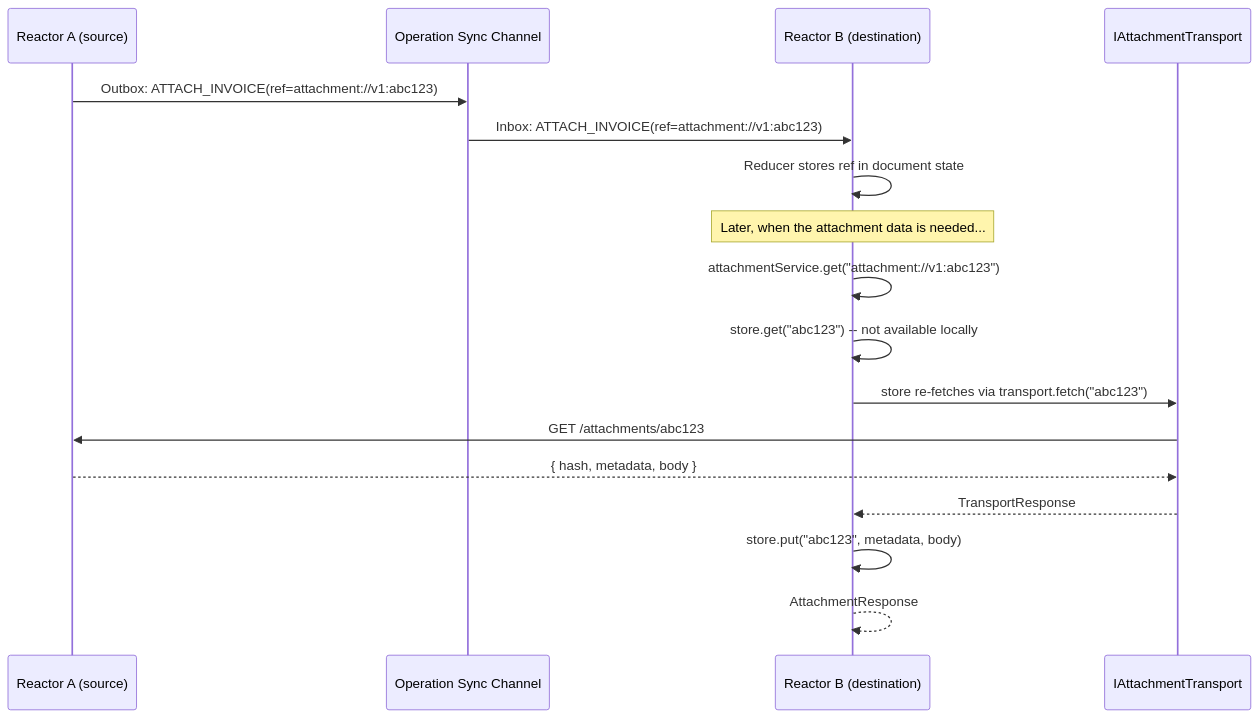
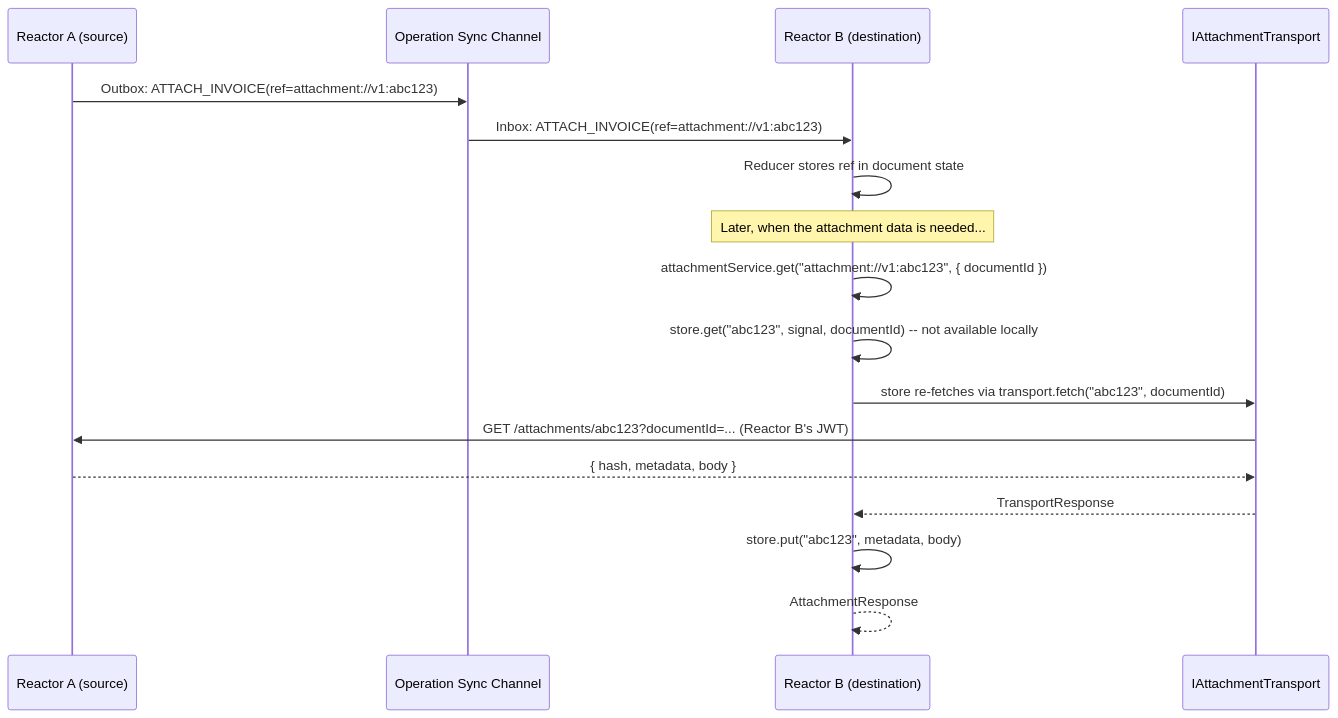
The third of 6 diagrams in packages/reactor/docs/attachments.md (powerhouse-inc/powerhouse), drawn with Mermaid before and after one commit. The commit also changed other lines of this file and 4 other files, not shown here.

````diff
--- a/packages/reactor/docs/attachments.md
+++ b/packages/reactor/docs/attachments.md
@@ -480,22 +488,22 @@
 ```mermaid
 sequenceDiagram
     participant ReactorA as Reactor A (source)
     participant SyncChannel as Operation Sync Channel
     participant ReactorB as Reactor B (destination)
     participant Transport as IAttachmentTransport
 
     ReactorA->>SyncChannel: Outbox: ATTACH_INVOICE(ref=attachment://v1:abc123)
     SyncChannel->>ReactorB: Inbox: ATTACH_INVOICE(ref=attachment://v1:abc123)
     ReactorB->>ReactorB: Reducer stores ref in document state
 
     Note over ReactorB: Later, when the attachment data is needed...
 
-    ReactorB->>ReactorB: attachmentService.get("attachment://v1:abc123")
-    ReactorB->>ReactorB: store.get("abc123") -- not available locally
-    ReactorB->>Transport: store re-fetches via transport.fetch("abc123")
-    Transport->>ReactorA: GET /attachments/abc123
+    ReactorB->>ReactorB: attachmentService.get("attachment://v1:abc123", { documentId })
+    ReactorB->>ReactorB: store.get("abc123", signal, documentId) -- not available locally
+    ReactorB->>Transport: store re-fetches via transport.fetch("abc123", documentId)
+    Transport->>ReactorA: GET /attachments/abc123?documentId=... (Reactor B's JWT)
     ReactorA-->>Transport: { hash, metadata, body }
     Transport-->>ReactorB: TransportResponse
     ReactorB->>ReactorB: store.put("abc123", metadata, body)
     ReactorB-->>ReactorB: AttachmentResponse
 ```
````
